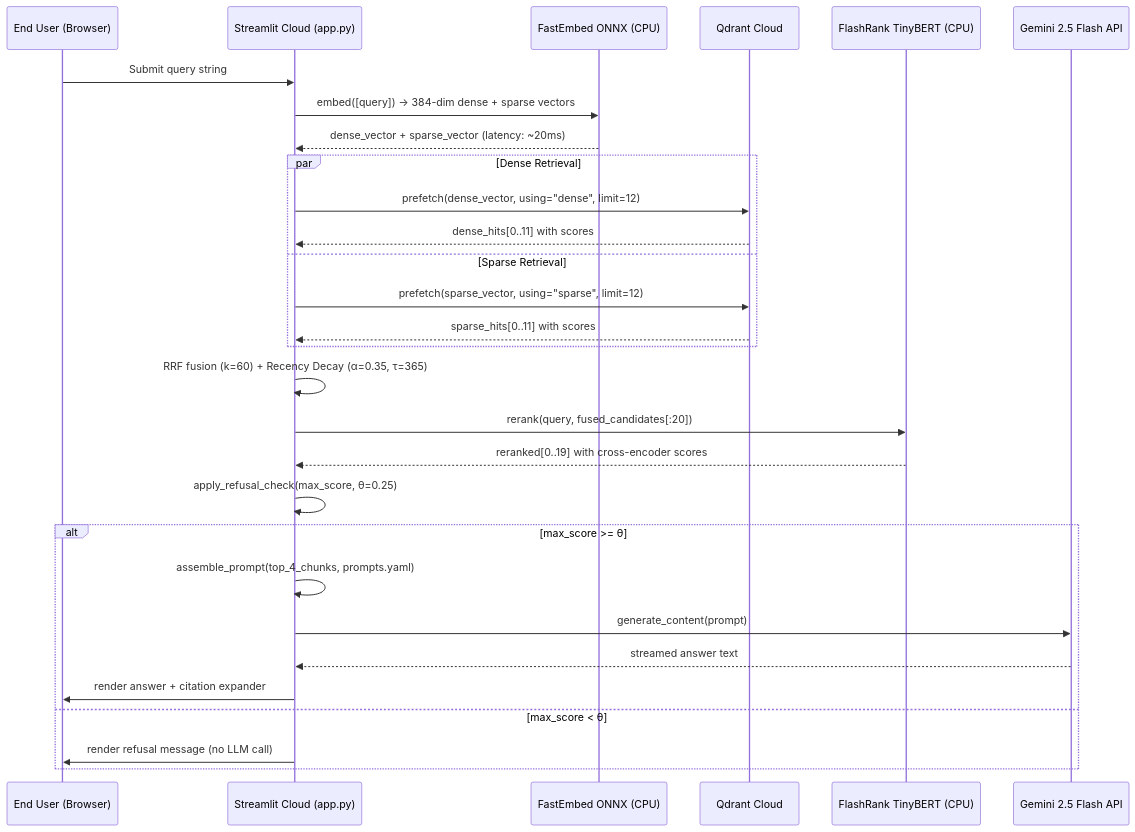
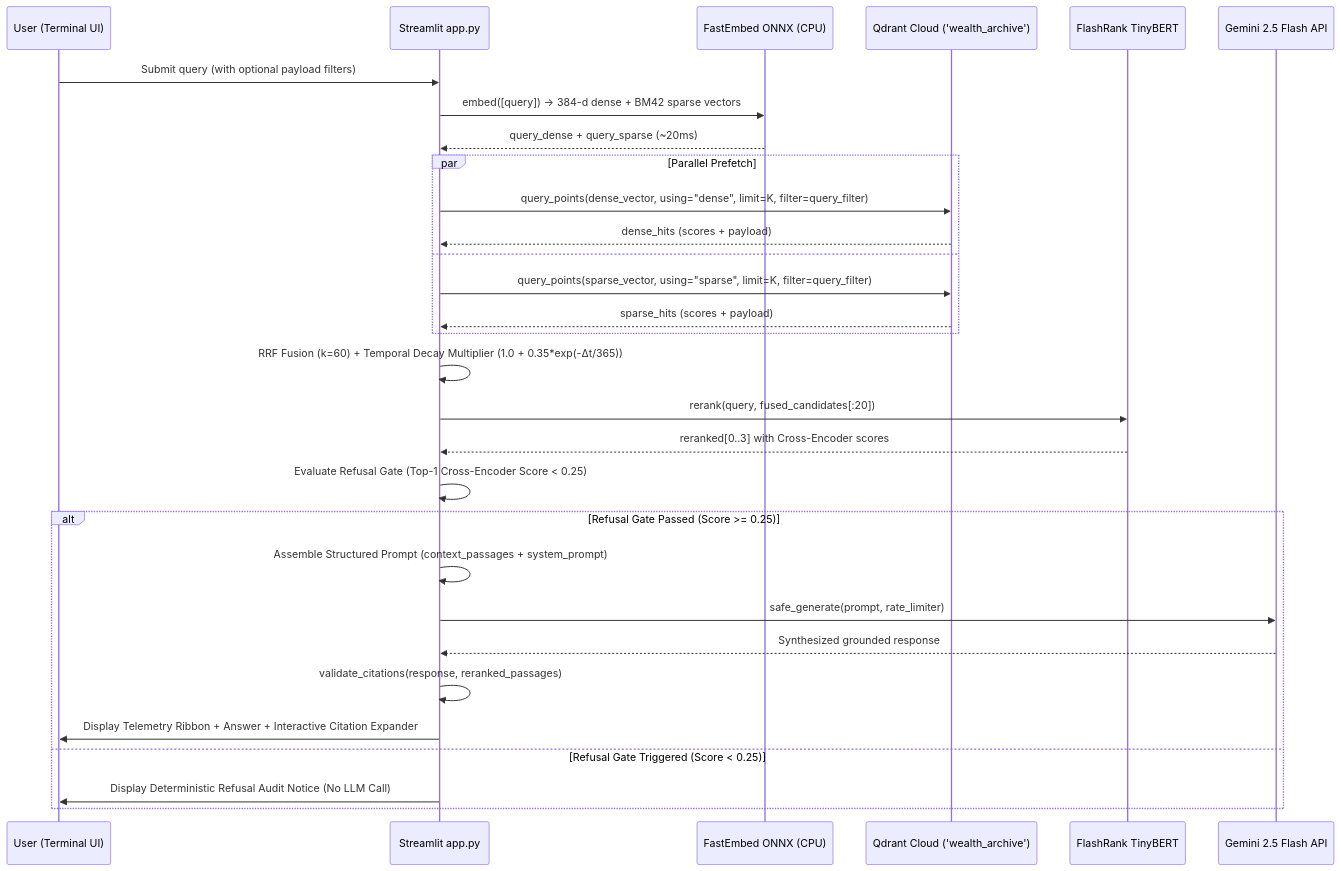
The third of 3 diagrams in mdfiles/TECH_SPEC.md (swaritbkp/wealth-chronicle-rag), drawn with Mermaid before and after one commit. The commit also changed other lines of this file and 7 other files, not shown here.

Commit message:
feat(ui-docs): overhaul terminal UI/UX, synchronize mdfiles diagrams, and add optimization audit

````diff
--- a/mdfiles/TECH_SPEC.md
+++ b/mdfiles/TECH_SPEC.md
@@ -61,35 +78,36 @@
 ```mermaid
 sequenceDiagram
-    participant User as End User (Browser)
-    participant ST as Streamlit Cloud (app.py)
+    participant User as User (Terminal UI)
+    participant ST as Streamlit app.py
     participant FE as FastEmbed ONNX (CPU)
-    participant QD as Qdrant Cloud
-    participant FR as FlashRank TinyBERT (CPU)
+    participant QD as Qdrant Cloud ('wealth_archive')
+    participant FR as FlashRank TinyBERT
     participant Gemini as Gemini 2.5 Flash API
 
-    User->>ST: Submit query string
-    ST->>FE: embed([query]) → 384-dim dense + sparse vectors
-    FE-->>ST: dense_vector + sparse_vector (latency: ~20ms)
+    User->>ST: Submit query (with optional payload filters)
+    ST->>FE: embed([query]) → 384-d dense + BM42 sparse vectors
+    FE-->>ST: query_dense + query_sparse (~20ms)
 
-    par Dense Retrieval
-        ST->>QD: prefetch(dense_vector, using="dense", limit=12)
-        QD-->>ST: dense_hits[0..11] with scores
-    and Sparse Retrieval
-        ST->>QD: prefetch(sparse_vector, using="sparse", limit=12)
-        QD-->>ST: sparse_hits[0..11] with scores
+    par Parallel Prefetch
+        ST->>QD: query_points(dense_vector, using="dense", limit=K, filter=query_filter)
+        QD-->>ST: dense_hits (scores + payload)
+    and
+        ST->>QD: query_points(sparse_vector, using="sparse", limit=K, filter=query_filter)
+        QD-->>ST: sparse_hits (scores + payload)
     end
 
-    ST->>ST: RRF fusion (k=60) + Recency Decay (α=0.35, τ=365)
+    ST->>ST: RRF Fusion (k=60) + Temporal Decay Multiplier (1.0 + 0.35*exp(-Δt/365))
     ST->>FR: rerank(query, fused_candidates[:20])
-    FR-->>ST: reranked[0..19] with cross-encoder scores
+    FR-->>ST: reranked[0..3] with Cross-Encoder scores
 
-    ST->>ST: apply_refusal_check(max_score, θ=0.25)
-    alt max_score >= θ
-        ST->>ST: assemble_prompt(top_4_chunks, prompts.yaml)
-        ST->>Gemini: generate_content(prompt)
-        Gemini-->>ST: streamed answer text
-        ST->>User: render answer + citation expander
-    else max_score < θ
-        ST->>User: render refusal message (no LLM call)
+    ST->>ST: Evaluate Refusal Gate (Top-1 Cross-Encoder Score < 0.25)
+    alt Refusal Gate Passed (Score >= 0.25)
+        ST->>ST: Assemble Structured Prompt (context_passages + system_prompt)
+        ST->>Gemini: safe_generate(prompt, rate_limiter)
+        Gemini-->>ST: Synthesized grounded response
+        ST->>ST: validate_citations(response, reranked_passages)
+        ST->>User: Display Telemetry Ribbon + Answer + Interactive Citation Expander
+    else Refusal Gate Triggered (Score < 0.25)
+        ST->>User: Display Deterministic Refusal Audit Notice (No LLM Call)
     end
 ```
````
